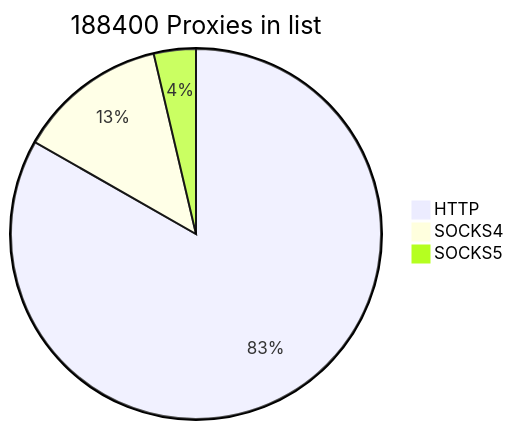
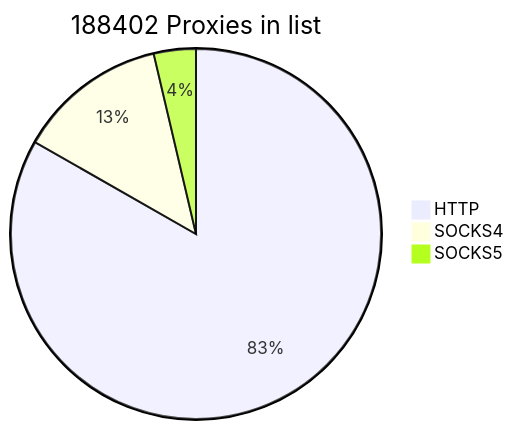
Before and after one commit to cutipu/proxylist: the first of 2 diagrams in README.md, drawn with Mermaid. The commit also changed other lines of this file, not shown here.

````diff
--- a/README.md
+++ b/README.md
@@ -2,7 +2,7 @@
 ```mermaid
-pie title 188400 Proxies in list
+pie title 188402 Proxies in list
     "HTTP" : 156850
-    "SOCKS4" : 24636
-    "SOCKS5" : 6914
+    "SOCKS4" : 24637
+    "SOCKS5" : 6915
             
 ```
````
